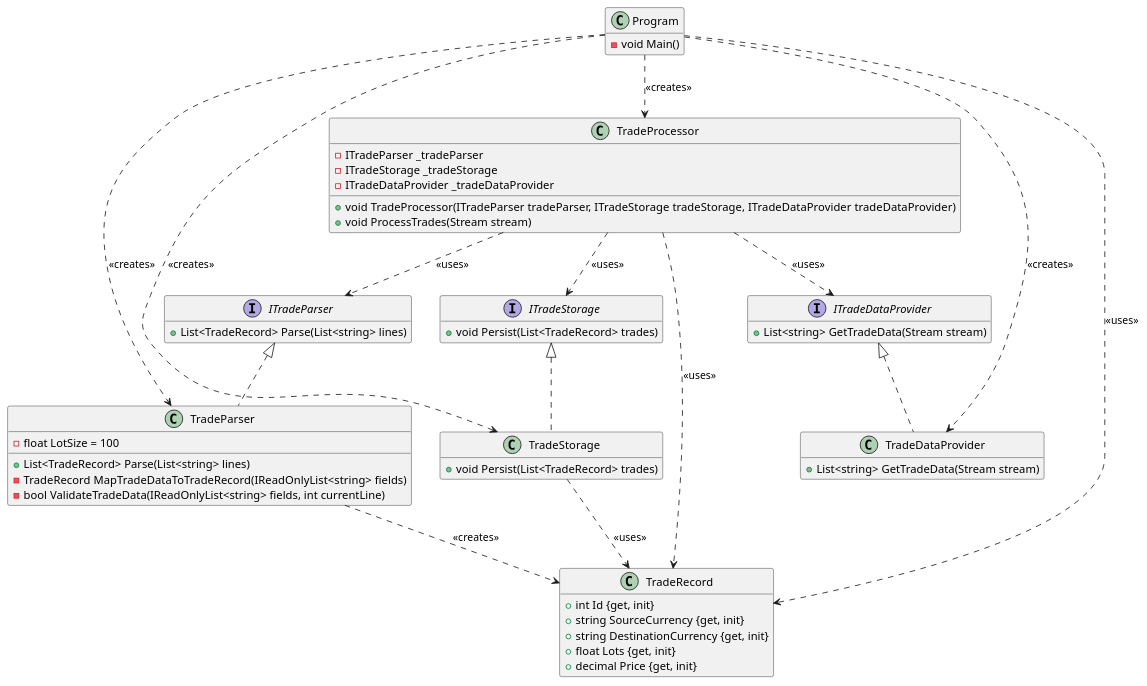
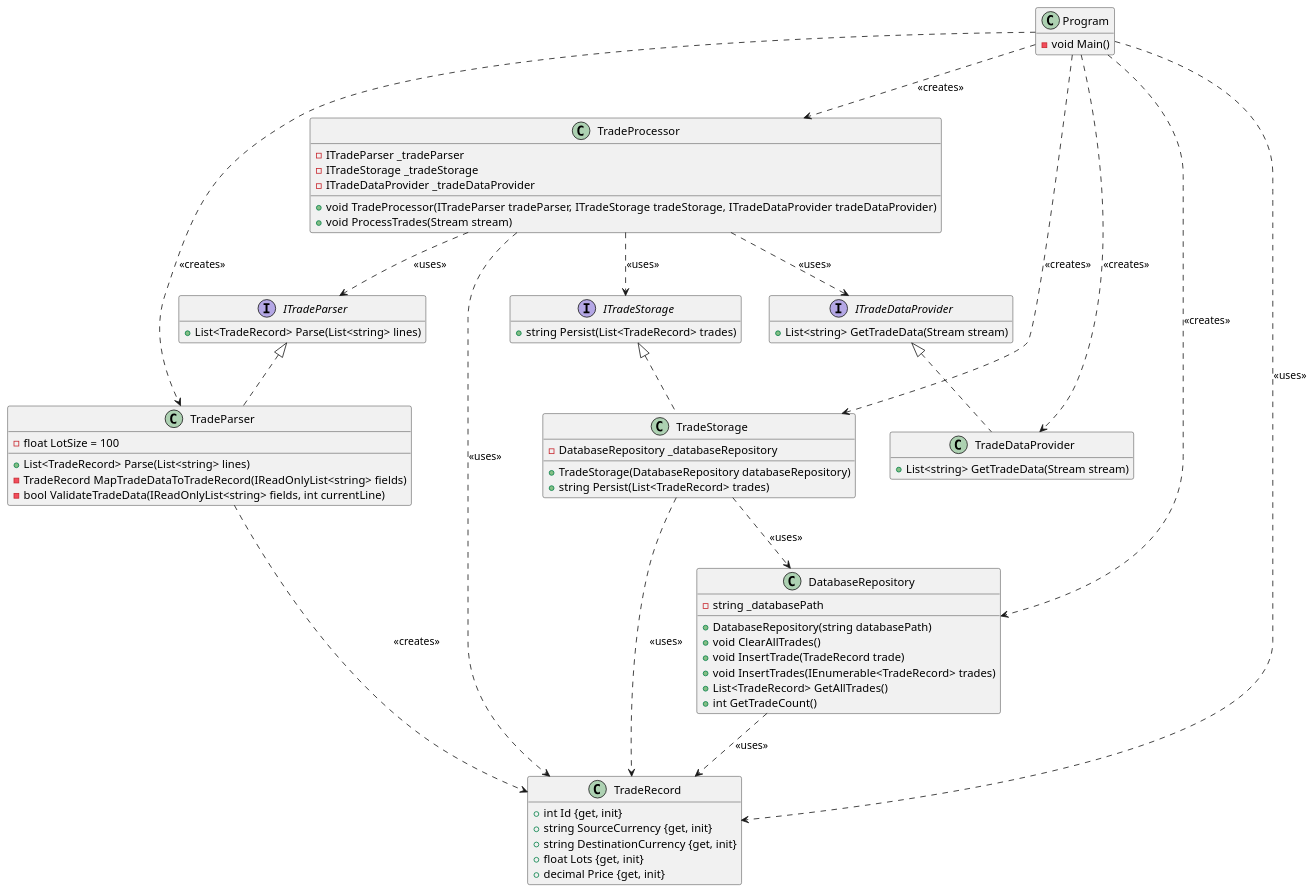
The diagram in solid-project-1/After.puml (Shane-Wilson-class/solid-project-1), drawn with PlantUML before and after one commit. The commit also changed 10 other files, not shown here.

Commit message:
Implement complete database abstraction with IDatabaseRepository interface on solution branch

```diff
--- a/solid-project-1/After.puml
+++ b/solid-project-1/After.puml
@@ -1,67 +1,82 @@
 @startuml
 
 hide empty members
 
 interface ITradeDataProvider {
     + List<string> GetTradeData(Stream stream)
 }
 
 interface  ITradeParser {
     + List<TradeRecord> Parse(List<string> lines)
 }
 
 interface ITradeStorage {
-    + void Persist(List<TradeRecord> trades)
+    + string Persist(List<TradeRecord> trades)
 }
 
 class TradeDataProvider {
     + List<string> GetTradeData(Stream stream)
 }
 
 class TradeParser {
     - float LotSize = 100
     + List<TradeRecord> Parse(List<string> lines)
     - TradeRecord MapTradeDataToTradeRecord(IReadOnlyList<string> fields)
     - bool ValidateTradeData(IReadOnlyList<string> fields, int currentLine)
 }
 
+class DatabaseRepository {
+    - string _databasePath
+    + DatabaseRepository(string databasePath)
+    + void ClearAllTrades()
+    + void InsertTrade(TradeRecord trade)
+    + void InsertTrades(IEnumerable<TradeRecord> trades)
+    + List<TradeRecord> GetAllTrades()
+    + int GetTradeCount()
+}
+
 class TradeStorage {
-    + void Persist(List<TradeRecord> trades)
+    - DatabaseRepository _databaseRepository
+    + TradeStorage(DatabaseRepository databaseRepository)
+    + string Persist(List<TradeRecord> trades)
 }
 
 class TradeProcessor {
     - ITradeParser _tradeParser
     - ITradeStorage _tradeStorage
     - ITradeDataProvider _tradeDataProvider
     + void TradeProcessor(ITradeParser tradeParser, ITradeStorage tradeStorage, ITradeDataProvider tradeDataProvider)
     + void ProcessTrades(Stream stream)
 }
 
 class TradeRecord {
     + int Id {get, init}
     + string SourceCurrency {get, init}
     + string DestinationCurrency {get, init}
     + float Lots {get, init}
     + decimal Price {get, init}
 }
 
 class Program {
     - void Main()
 }
 
 TradeDataProvider ..up|> ITradeDataProvider
 TradeParser ..up|> ITradeParser
 TradeStorage ..up|> ITradeStorage
 TradeProcessor ..> ITradeDataProvider: <<uses>>
 TradeProcessor ..> ITradeParser: <<uses>>
 TradeProcessor ..> ITradeStorage: <<uses>>
 TradeProcessor ..> TradeRecord: <<uses>>
 TradeParser ..> TradeRecord: <<creates>>
 TradeStorage ..> TradeRecord: <<uses>>
+TradeStorage ..> DatabaseRepository: <<uses>>
+DatabaseRepository ..> TradeRecord: <<uses>>
 Program ..> TradeProcessor: <<creates>>
 Program ..> TradeDataProvider: <<creates>>
 Program ..> TradeParser: <<creates>>
 Program ..> TradeStorage: <<creates>>
+Program ..> DatabaseRepository: <<creates>>
 Program ..> TradeRecord: <<uses>>
 
 @enduml
```
